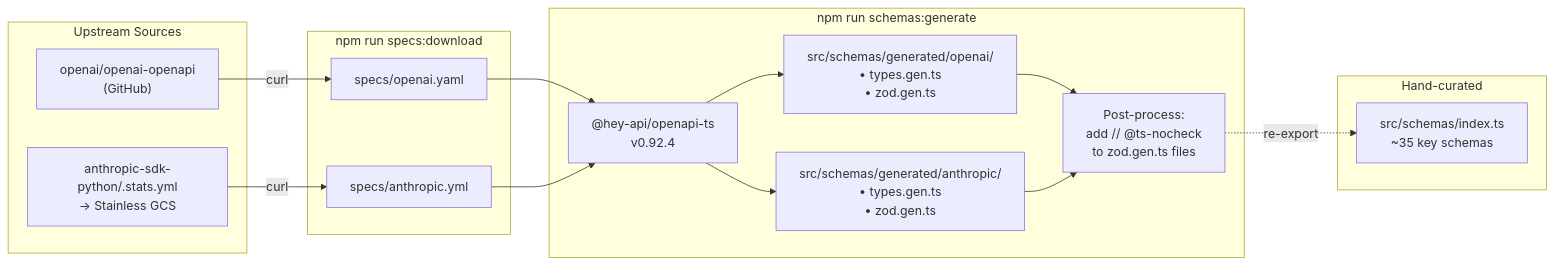
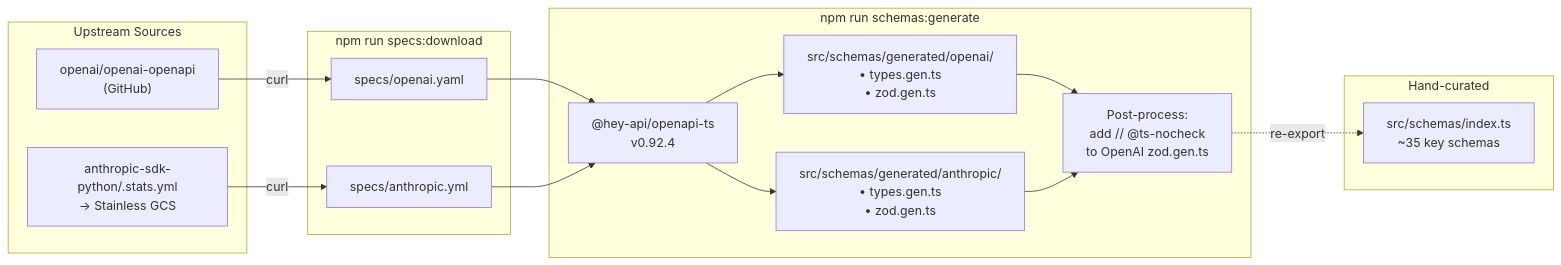
Before and after one commit to tianyili-roller/HydraTeams: the diagram in learning/iteration-zod-schemas.md, drawn with Mermaid. The commit also changed other lines of this file and 2 other files, not shown here.

First line of the commit message:
🔧 fix: scope ts-nocheck post-processing to OpenAI only

````diff
--- a/learning/iteration-zod-schemas.md
+++ b/learning/iteration-zod-schemas.md
@@ -46,33 +46,33 @@
 ```mermaid
 flowchart LR
     subgraph "Upstream Sources"
         A1["openai/openai-openapi\n(GitHub)"]
         A2["anthropic-sdk-python/.stats.yml\n→ Stainless GCS"]
     end
 
     subgraph "npm run specs:download"
         B1["specs/openai.yaml"]
         B2["specs/anthropic.yml"]
     end
 
     subgraph "npm run schemas:generate"
         C["@hey-api/openapi-ts\nv0.92.4"]
         D1["src/schemas/generated/openai/\n• types.gen.ts\n• zod.gen.ts"]
         D2["src/schemas/generated/anthropic/\n• types.gen.ts\n• zod.gen.ts"]
-        E["Post-process:\nadd // @ts-nocheck\nto zod.gen.ts files"]
+        E["Post-process:\nadd // @ts-nocheck\nto OpenAI zod.gen.ts"]
     end
 
     subgraph "Hand-curated"
         F["src/schemas/index.ts\n~35 key schemas"]
     end
 
     A1 -->|curl| B1
     A2 -->|curl| B2
     B1 --> C
     B2 --> C
     C --> D1
     C --> D2
     D1 --> E
     D2 --> E
     E -.->|re-export| F
 ```
````
